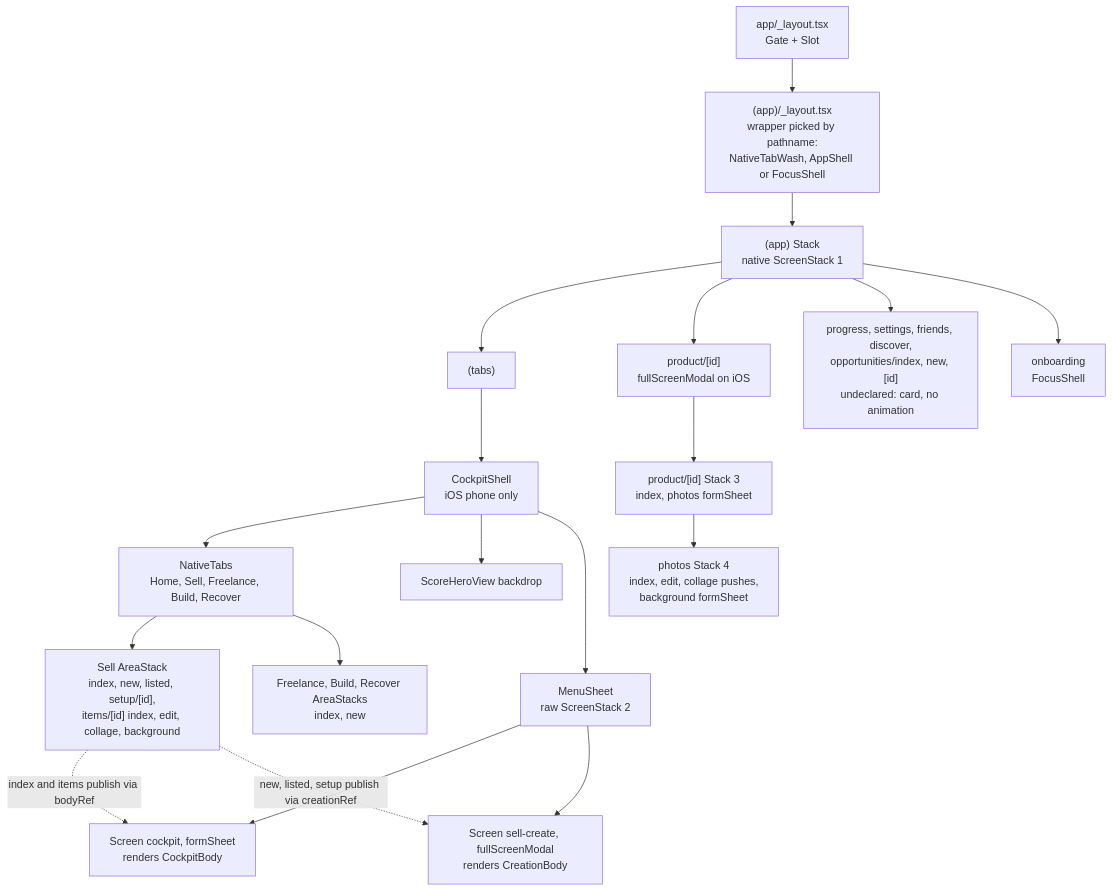
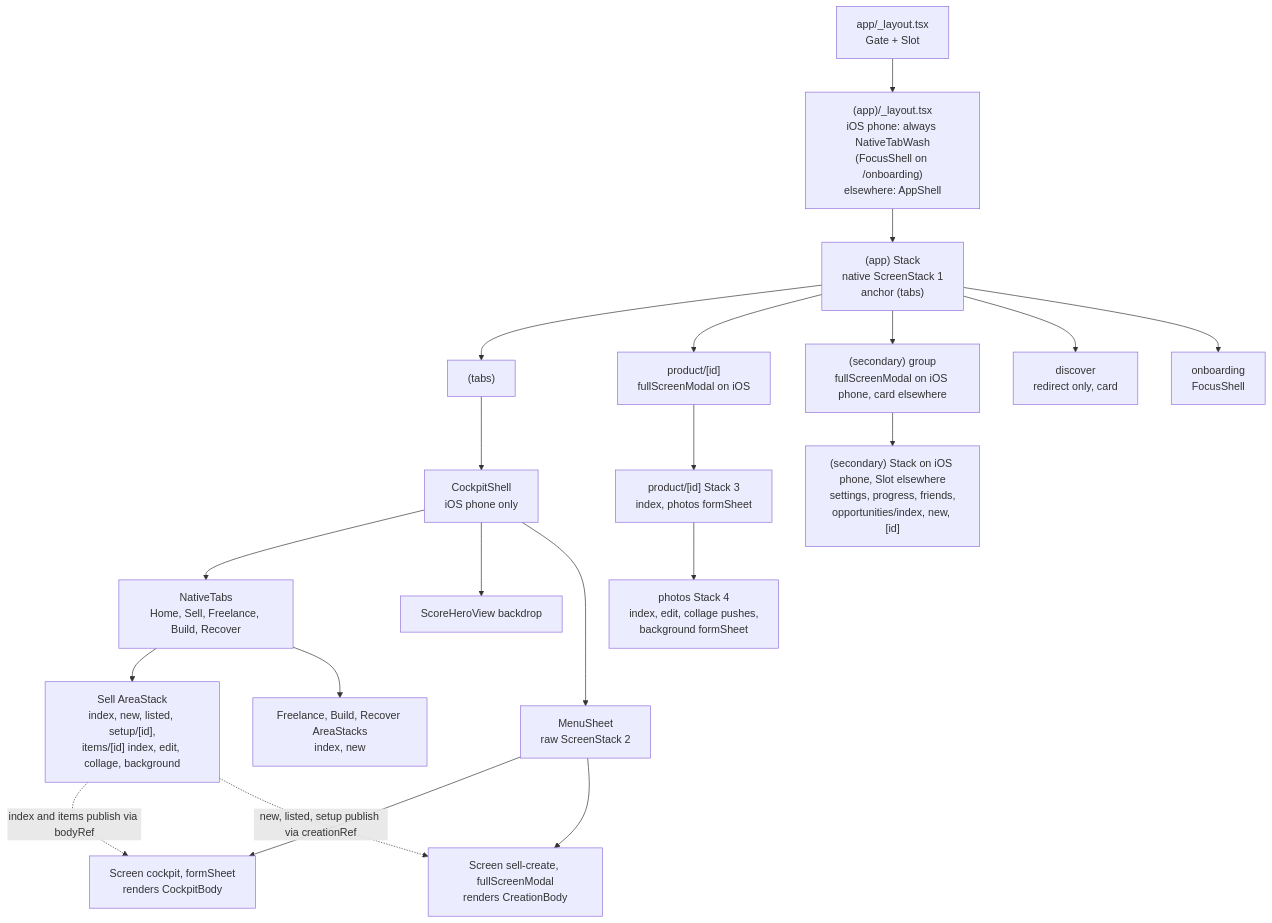
Before and after one commit to yke10003/chase-the-money: the first of 3 diagrams in docs/technical/navigation.md, drawn with Mermaid. The commit also changed other lines of this file and 20 other files, not shown here.

First line of the commit message:
feat(app): keep one cockpit shell under secondary pages

````diff
--- a/docs/technical/navigation.md
+++ b/docs/technical/navigation.md
@@ -122,21 +122,23 @@
 ```mermaid
 flowchart TD
-  Root["app/_layout.tsx<br/>Gate + Slot"] --> App["(app)/_layout.tsx<br/>wrapper picked by pathname:<br/>NativeTabWash, AppShell or FocusShell"]
-  App --> S1["(app) Stack<br/>native ScreenStack 1"]
+  Root["app/_layout.tsx<br/>Gate + Slot"] --> App["(app)/_layout.tsx<br/>iOS phone: always NativeTabWash<br/>(FocusShell on /onboarding)<br/>elsewhere: AppShell"]
+  App --> S1["(app) Stack<br/>native ScreenStack 1<br/>anchor (tabs)"]
   S1 --> Tabs["(tabs)"]
   S1 --> Product["product/[id]<br/>fullScreenModal on iOS"]
-  S1 --> Secondary["progress, settings, friends, discover,<br/>opportunities/index, new, [id]<br/>undeclared: card, no animation"]
+  S1 --> Secondary["(secondary) group<br/>fullScreenModal on iOS phone, card elsewhere"]
+  Secondary --> SecStack["(secondary) Stack on iOS phone, Slot elsewhere<br/>settings, progress, friends,<br/>opportunities/index, new, [id]"]
+  S1 --> Disc["discover<br/>redirect only, card"]
   S1 --> Onb["onboarding<br/>FocusShell"]
   Tabs --> CS["CockpitShell<br/>iOS phone only"]
   CS --> NT["NativeTabs<br/>Home, Sell, Freelance, Build, Recover"]
   CS --> Hero["ScoreHeroView backdrop"]
   CS --> MS["MenuSheet<br/>raw ScreenStack 2"]
   MS --> Cockpit["Screen cockpit, formSheet<br/>renders CockpitBody"]
   MS --> Cover["Screen sell-create, fullScreenModal<br/>renders CreationBody"]
   NT --> SellStack["Sell AreaStack<br/>index, new, listed, setup/[id],<br/>items/[id] index, edit, collage, background"]
   NT --> Others["Freelance, Build, Recover AreaStacks<br/>index, new"]
   Product --> PS["product/[id] Stack 3<br/>index, photos formSheet"]
   PS --> PhS["photos Stack 4<br/>index, edit, collage pushes,<br/>background formSheet"]
   SellStack -.->|"index and items publish via bodyRef"| Cockpit
   SellStack -.->|"new, listed, setup publish via creationRef"| Cover
 ```
````
